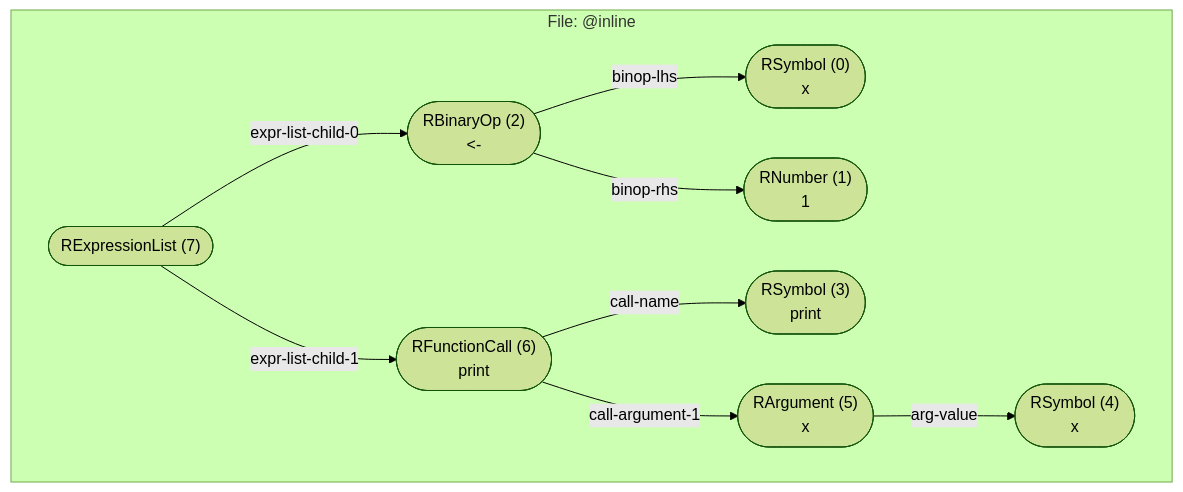
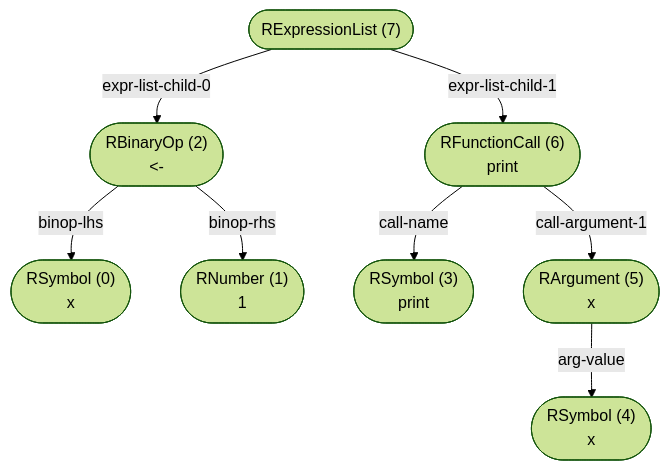
One commit to flowr-analysis/flowr changed the first of 2 diagrams in wiki/Core.md. Above: the diagram before and after it, drawn with Mermaid (forest theme). The commit also changed other lines of this file and 12 other files, not shown here.

Commit message:
[skip ci] doc: update generated wiki pages (wiki/Dataflow Graph,wiki/Query API,wiki/Core)

````diff
--- a/wiki/Core.md
+++ b/wiki/Core.md
@@ -332,29 +332,27 @@
 ```mermaid
 flowchart TD
-    subgraph "File: @inline"
     n7(["RExpressionList (7)
  "])
     n2(["RBinaryOp (2)
 #60;#45;"])
     n7 -->|"expr-list-child-0"| n2
     n0(["RSymbol (0)
 x"])
     n2 -->|"binop-lhs"| n0
     n1(["RNumber (1)
 1"])
     n2 -->|"binop-rhs"| n1
     n6(["RFunctionCall (6)
 print"])
     n7 -->|"expr-list-child-1"| n6
     n3(["RSymbol (3)
 print"])
     n6 -->|"call-name"| n3
     n5(["RArgument (5)
 x"])
     n6 -->|"call-argument-1"| n5
     n4(["RSymbol (4)
 x"])
     n5 -->|"arg-value"| n4
-    end
 
 ```
````
